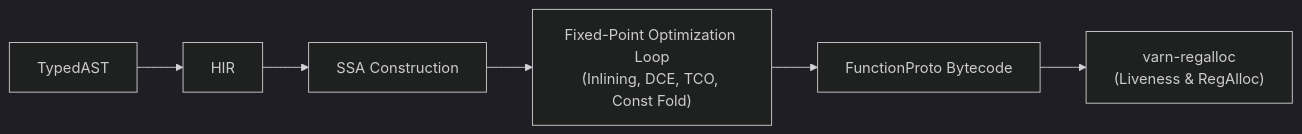
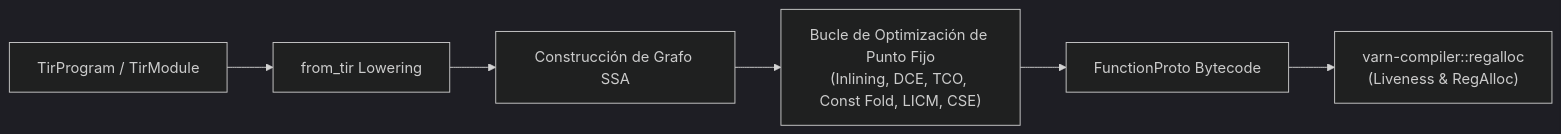
One commit to carlos-burelo/varn changed the second of 4 diagrams in docs/ARCHITECTURE.md. Above: the diagram before and after it, drawn with Mermaid (dark theme). The commit also changed other lines of this file and 10 other files, not shown here.

Commit message:
docs: update architecture, TIR pipeline, 128-bit VmValue layout, and canonical types

````diff
--- a/docs/ARCHITECTURE.md
+++ b/docs/ARCHITECTURE.md
@@ -107,8 +110,8 @@
 ```mermaid
 flowchart LR
-    A["TypedAST"] --> B["HIR"]
-    B --> C["SSA Construction"]
-    C --> D["Fixed-Point Optimization Loop\n(Inlining, DCE, TCO, Const Fold)"]
+    A["TirProgram / TirModule"] --> B["from_tir Lowering"]
+    B --> C["Construcción de Grafo SSA"]
+    C --> D["Bucle de Optimización de Punto Fijo\n(Inlining, DCE, TCO, Const Fold, LICM, CSE)"]
     D --> E["FunctionProto Bytecode"]
-    E --> F["varn-regalloc\n(Liveness & RegAlloc)"]
+    E --> F["varn-compiler::regalloc\n(Liveness & RegAlloc)"]
 ```
````
